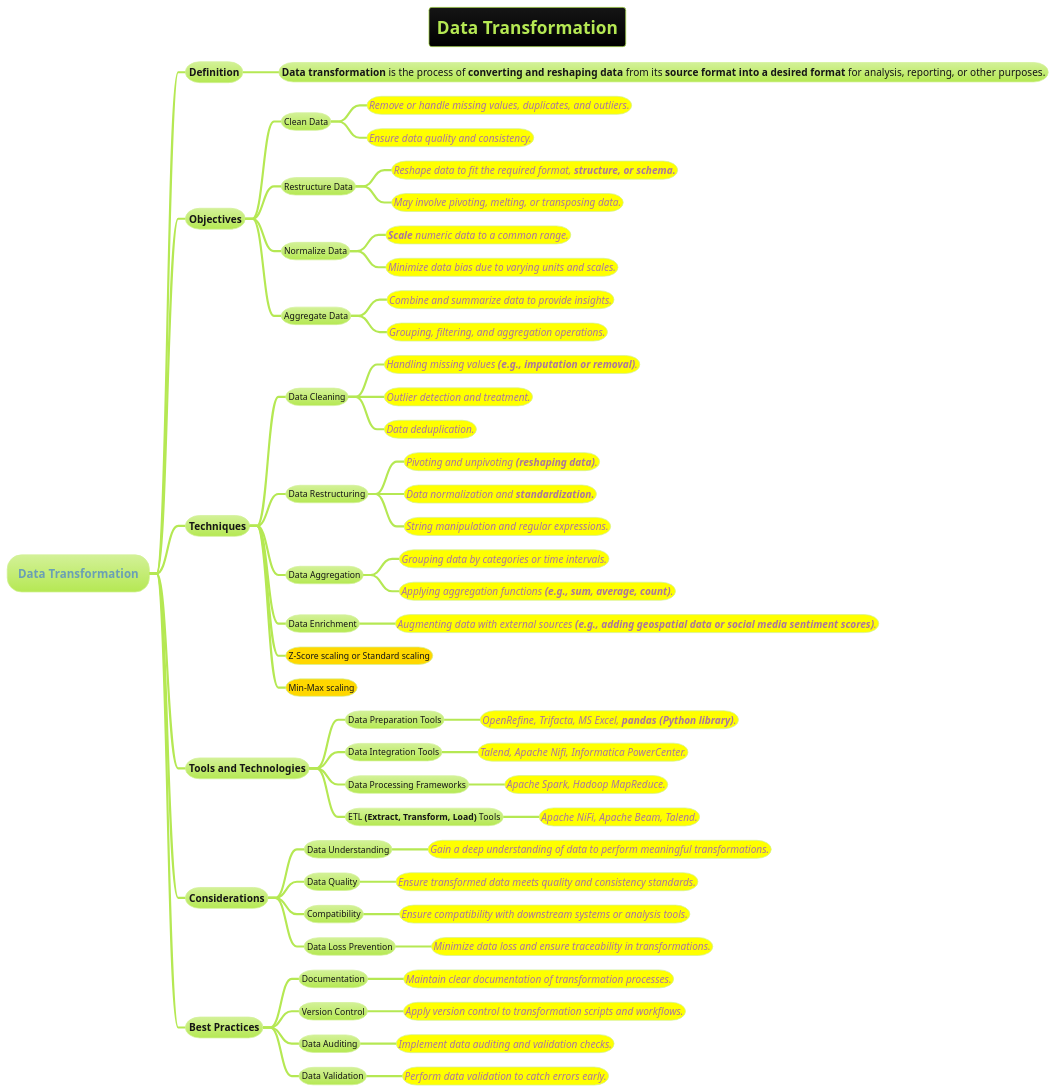
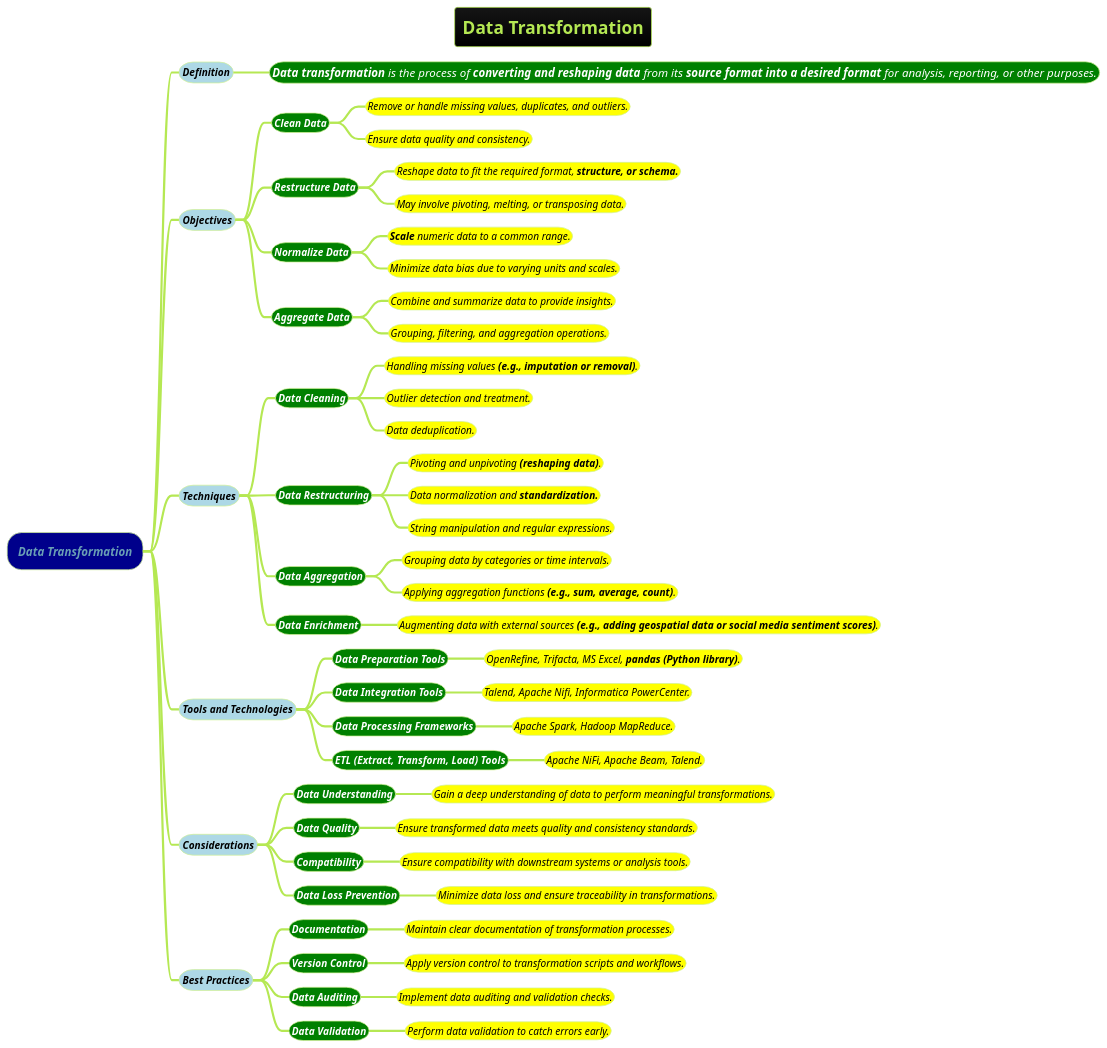
One commit to MehmoodHashmi/Documentation-as-Code-DaC changed the diagram in docs/AI-ML- DL-Data-Science-and-BigData/data-science/data-engineering/data-preprocessing-(or-wrangling)/2-Data-Transformation.puml. Above: the diagram before and after it, drawn with PlantUML. The commit also changed 9 other files, not shown here.

```diff
--- a/docs/AI-ML- DL-Data-Science-and-BigData/data-science/data-engineering/data-preprocessing-(or-wrangling)/2-Data-Transformation.puml
+++ b/docs/AI-ML- DL-Data-Science-and-BigData/data-science/data-engineering/data-preprocessing-(or-wrangling)/2-Data-Transformation.puml
@@ -1,85 +1,84 @@
 @startmindmap
 title =Data Transformation
 !theme hacker
 
-* Data Transformation
-** Definition
-*** <size:14>**Data transformation** is the process of **converting and reshaping data** from its **source format into a desired format** for analysis, reporting, or other purposes.
+*[#darkblue] <i>Data Transformation
+**[#lightblue] <color #black><i><size:14>Definition
+***[#green] <color #white><i><size:16>**Data transformation** is the process of **converting and reshaping data** from its **source format into a desired format** for analysis, reporting, or other purposes.
 
-** Objectives
-*** Clean Data
-****[#yellow] ====<size:14>Remove or handle missing values, duplicates, and outliers.
-****[#yellow] ====<size:14>Ensure data quality and consistency.
+**[#lightblue] <color #black><i><size:14>Objectives
+***[#green] <color #white><i><size:14><b>Clean Data
+****[#yellow] <color #black><i><size:14>Remove or handle missing values, duplicates, and outliers.
+****[#yellow] <color #black><i><size:14>Ensure data quality and consistency.
 
-*** Restructure Data
-****[#yellow] ====<size:14>Reshape data to fit the required format, **structure, or schema.**
-****[#yellow] ====<size:14>May involve pivoting, melting, or transposing data.
+***[#green] <color #white><i><size:14><b>Restructure Data
+****[#yellow] <color #black><i><size:14>Reshape data to fit the required format, **structure, or schema.**
+****[#yellow] <color #black><i><size:14>May involve pivoting, melting, or transposing data.
 
-*** Normalize Data
-****[#yellow] ====<size:14>**Scale** numeric data to a common range.
-****[#yellow] ====<size:14>Minimize data bias due to varying units and scales.
+***[#green] <color #white><i><size:14><b>Normalize Data
+****[#yellow] <color #black><i><size:14>**Scale** numeric data to a common range.
+****[#yellow] <color #black><i><size:14>Minimize data bias due to varying units and scales.
 
-*** Aggregate Data
-****[#yellow] ====<size:14>Combine and summarize data to provide insights.
-****[#yellow] ====<size:14>Grouping, filtering, and aggregation operations.
+***[#green] <color #white><i><size:14><b>Aggregate Data
+****[#yellow] <color #black><i><size:14>Combine and summarize data to provide insights.
+****[#yellow] <color #black><i><size:14>Grouping, filtering, and aggregation operations.
 
-** Techniques
-*** Data Cleaning
-****[#yellow] ====<size:14>Handling missing values **(e.g., imputation or removal)**.
-****[#yellow] ====<size:14>Outlier detection and treatment.
-****[#yellow] ====<size:14>Data deduplication.
+**[#lightblue] <color #black><i><size:14>Techniques
+***[#green] <color #white><i><size:14><b>Data Cleaning
+****[#yellow] <color #black><i><size:14>Handling missing values **(e.g., imputation or removal)**.
+****[#yellow] <color #black><i><size:14>Outlier detection and treatment.
+****[#yellow] <color #black><i><size:14>Data deduplication.
 
-*** Data Restructuring
-****[#yellow] ====<size:14>Pivoting and unpivoting **(reshaping data)**.
-****[#yellow] ====<size:14>Data normalization and **standardization.**
-****[#yellow] ====<size:14>String manipulation and regular expressions.
+***[#green] <color #white><i><size:14><b>Data Restructuring
+****[#yellow] <color #black><i><size:14>Pivoting and unpivoting **(reshaping data)**.
+****[#yellow] <color #black><i><size:14>Data normalization and **standardization.**
+****[#yellow] <color #black><i><size:14>String manipulation and regular expressions.
 
-*** Data Aggregation
-****[#yellow] ====<size:14>Grouping data by categories or time intervals.
-****[#yellow] ====<size:14>Applying aggregation functions **(e.g., sum, average, count)**.
+***[#green] <color #white><i><size:14><b>Data Aggregation
+****[#yellow] <color #black><i><size:14>Grouping data by categories or time intervals.
+****[#yellow] <color #black><i><size:14>Applying aggregation functions **(e.g., sum, average, count)**.
 
-*** Data Enrichment
-****[#yellow] ====<size:14>Augmenting data with external sources **(e.g., adding geospatial data or social media sentiment scores)**.
-***[#gold] Z-Score scaling or Standard scaling
-***[#gold] Min-Max scaling
+***[#green] <color #white><i><size:14><b>Data Enrichment
+****[#yellow] <color #black><i><size:14>Augmenting data with external sources **(e.g., adding geospatial data or social media sentiment scores)**.
 
-** Tools and Technologies
-*** Data Preparation Tools
-****[#yellow] ====<size:14>OpenRefine, Trifacta, MS Excel, **pandas (Python library)**.
 
-*** Data Integration Tools
-****[#yellow] ====<size:14>Talend, Apache Nifi, Informatica PowerCenter.
+**[#lightblue] <color #black><i><size:14>Tools and Technologies
+***[#green] <color #white><i><size:14><b>Data Preparation Tools
+****[#yellow] <color #black><i><size:14>OpenRefine, Trifacta, MS Excel, **pandas (Python library)**.
 
-*** Data Processing Frameworks
-****[#yellow] ====<size:14>Apache Spark, Hadoop MapReduce.
+***[#green] <color #white><i><size:14><b>Data Integration Tools
+****[#yellow] <color #black><i><size:14>Talend, Apache Nifi, Informatica PowerCenter.
 
-*** ETL **(Extract, Transform, Load)** Tools
-****[#yellow] ====<size:14>Apache NiFi, Apache Beam, Talend.
+***[#green] <color #white><i><size:14><b>Data Processing Frameworks
+****[#yellow] <color #black><i><size:14>Apache Spark, Hadoop MapReduce.
 
-** Considerations
-*** Data Understanding
-****[#yellow] ====<size:14>Gain a deep understanding of data to perform meaningful transformations.
+***[#green] <color #white><i><size:14><b>ETL **(Extract, Transform, Load)** Tools
+****[#yellow] <color #black><i><size:14>Apache NiFi, Apache Beam, Talend.
 
-*** Data Quality
-****[#yellow] ====<size:14>Ensure transformed data meets quality and consistency standards.
+**[#lightblue] <color #black><i><size:14>Considerations
+***[#green] <color #white><i><size:14><b>Data Understanding
+****[#yellow] <color #black><i><size:14>Gain a deep understanding of data to perform meaningful transformations.
 
-*** Compatibility
-****[#yellow] ====<size:14>Ensure compatibility with downstream systems or analysis tools.
+***[#green] <color #white><i><size:14><b>Data Quality
+****[#yellow] <color #black><i><size:14>Ensure transformed data meets quality and consistency standards.
 
-*** Data Loss Prevention
-****[#yellow] ====<size:14>Minimize data loss and ensure traceability in transformations.
+***[#green] <color #white><i><size:14><b>Compatibility
+****[#yellow] <color #black><i><size:14>Ensure compatibility with downstream systems or analysis tools.
 
-** Best Practices
-*** Documentation
-****[#yellow] ====<size:14>Maintain clear documentation of transformation processes.
+***[#green] <color #white><i><size:14><b>Data Loss Prevention
+****[#yellow] <color #black><i><size:14>Minimize data loss and ensure traceability in transformations.
 
-*** Version Control
-****[#yellow] ====<size:14>Apply version control to transformation scripts and workflows.
+**[#lightblue] <color #black><i><size:14>Best Practices
+***[#green] <color #white><i><size:14><b>Documentation
+****[#yellow] <color #black><i><size:14>Maintain clear documentation of transformation processes.
 
-*** Data Auditing
-****[#yellow] ====<size:14>Implement data auditing and validation checks.
+***[#green] <color #white><i><size:14><b>Version Control
+****[#yellow] <color #black><i><size:14>Apply version control to transformation scripts and workflows.
 
-*** Data Validation
-****[#yellow] ====<size:14>Perform data validation to catch errors early.
+***[#green] <color #white><i><size:14><b>Data Auditing
+****[#yellow] <color #black><i><size:14>Implement data auditing and validation checks.
+
+***[#green] <color #white><i><size:14><b>Data Validation
+****[#yellow] <color #black><i><size:14>Perform data validation to catch errors early.
 
 @endmindmap
```
